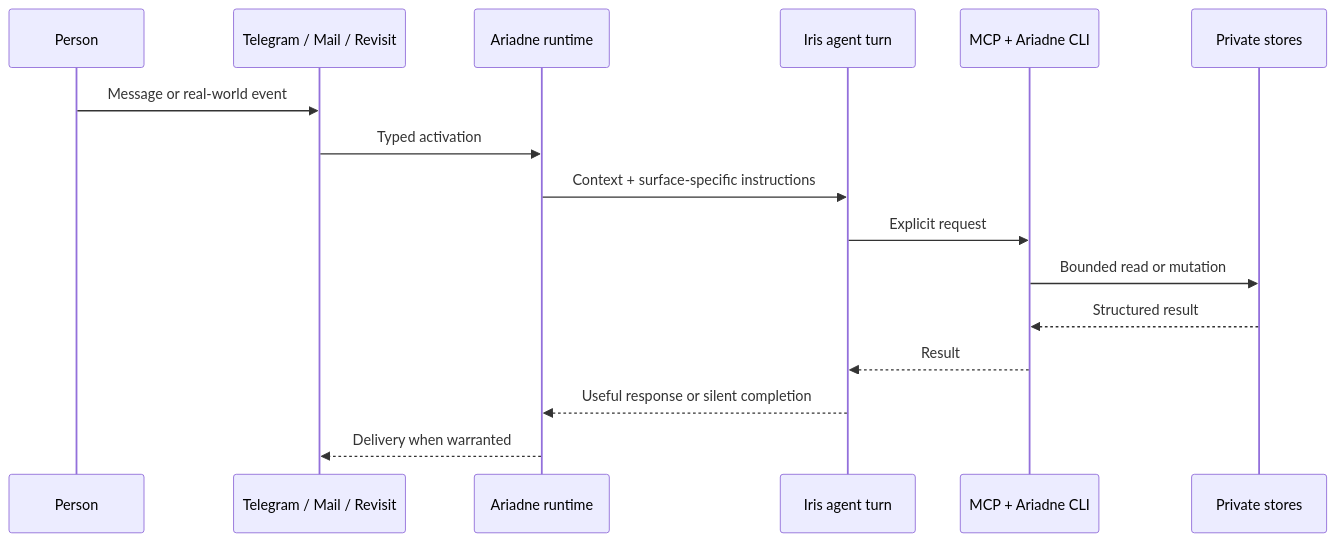
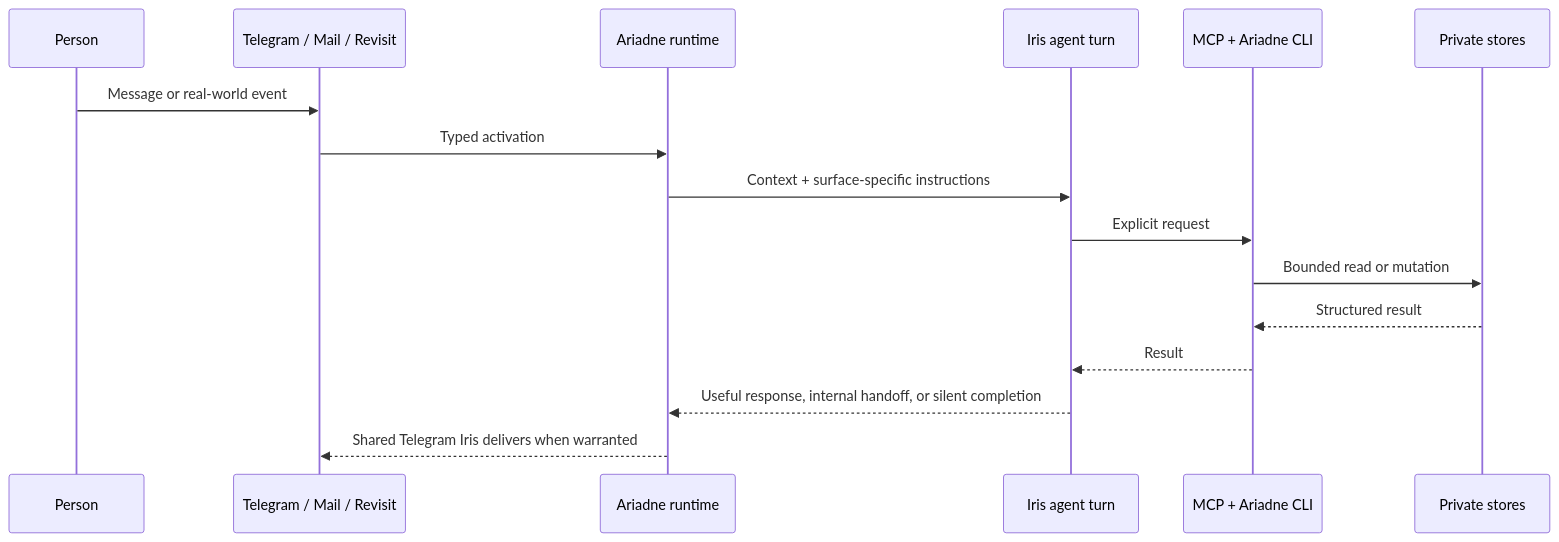
Before and after one commit to TGDivy/ariadne: the diagram in docs/architecture.md, drawn with Mermaid. The commit also changed other lines of this file and 28 other files, not shown here.

First line of the commit message:
Route background updates through the shared Telegram conversation (#80)

````diff
--- a/docs/architecture.md
+++ b/docs/architecture.md
@@ -7,19 +7,19 @@
 ```mermaid
 sequenceDiagram
     participant Person
     participant Surface as Telegram / Mail / Revisit
     participant Runtime as Ariadne runtime
     participant Agent as Iris agent turn
     participant Capabilities as MCP + Ariadne CLI
     participant PrivateData as Private stores
 
     Person->>Surface: Message or real-world event
     Surface->>Runtime: Typed activation
     Runtime->>Agent: Context + surface-specific instructions
     Agent->>Capabilities: Explicit request
     Capabilities->>PrivateData: Bounded read or mutation
     PrivateData-->>Capabilities: Structured result
     Capabilities-->>Agent: Result
-    Agent-->>Runtime: Useful response or silent completion
-    Runtime-->>Surface: Delivery when warranted
+    Agent-->>Runtime: Useful response, internal handoff, or silent completion
+    Runtime-->>Surface: Shared Telegram Iris delivers when warranted
 ```
````
